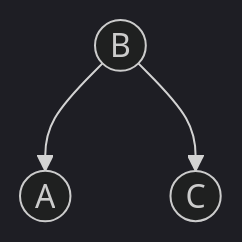
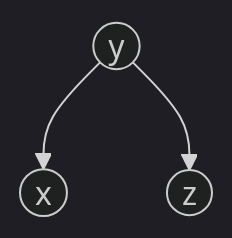
Before and after one commit to uni-notes/uni-notes: the second of 4 diagrams in docs/CS_Electives/AI/07_Bayesian.md, drawn with Mermaid (dark theme). The commit also changed other lines of this file and 544 other files, not shown here.

````diff
--- a/docs/CS_Electives/AI/07_Bayesian.md
+++ b/docs/CS_Electives/AI/07_Bayesian.md
@@ -33,5 +93,5 @@
 ```mermaid
   graph TD;
-    B((B))-->A((A));
-    B((B))-->C((C));
+    y((y))-->x((x));
+    y((y))-->z((z));
 ```
````
